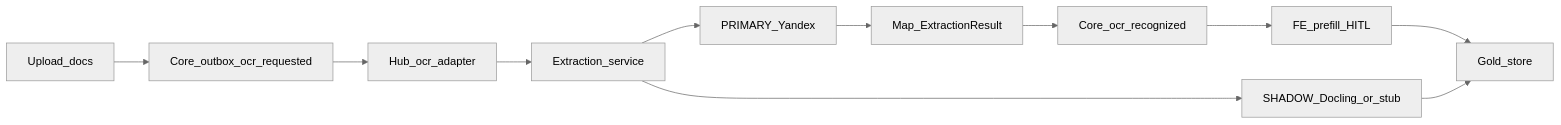
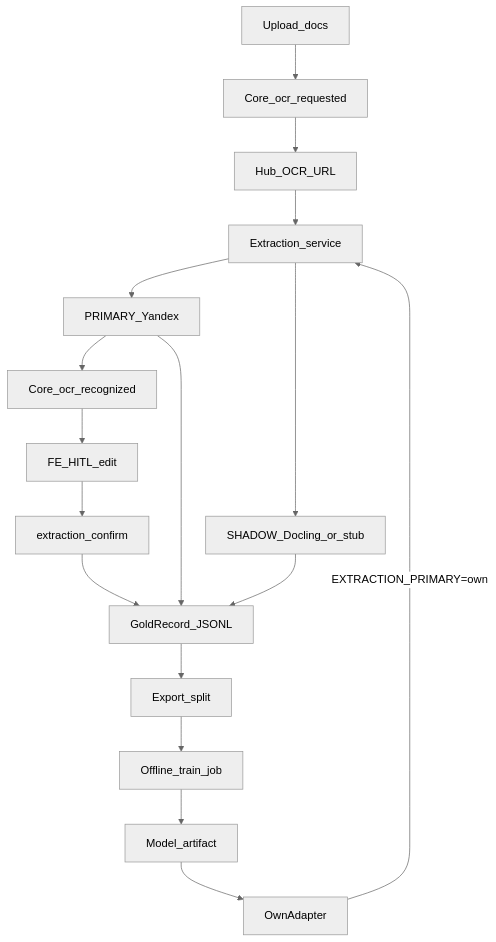
Before and after one commit to lionss888/viletech-platform: the diagram in .cursor/plans/yandex_extraction_dual-track_00e1409f.plan.md, drawn with Mermaid (neutral theme). The commit also changed other lines of this file and 60 other files, not shown here.

````diff
--- a/.cursor/plans/yandex_extraction_dual-track_00e1409f.plan.md
+++ b/.cursor/plans/yandex_extraction_dual-track_00e1409f.plan.md
@@ -51,13 +55,19 @@
 ```mermaid
-flowchart LR
-  upload[Upload_docs] --> core[Core_outbox_ocr_requested]
-  core --> hub[Hub_ocr_adapter]
+flowchart TB
+  upload[Upload_docs] --> core[Core_ocr_requested]
+  core --> hub[Hub_OCR_URL]
   hub --> ext[Extraction_service]
   ext --> yandex[PRIMARY_Yandex]
   ext --> shadow[SHADOW_Docling_or_stub]
-  yandex --> map[Map_ExtractionResult]
-  map --> cb[Core_ocr_recognized]
-  cb --> fe[FE_prefill_HITL]
-  fe --> gold[Gold_store]
+  yandex --> cb[Core_ocr_recognized]
+  cb --> fe[FE_HITL_edit]
+  fe --> confirm[extraction_confirm]
+  yandex --> gold[GoldRecord_JSONL]
   shadow --> gold
+  confirm --> gold
+  gold --> export[Export_split]
+  export --> train[Offline_train_job]
+  train --> art[Model_artifact]
+  art --> own[OwnAdapter]
+  own -->|"EXTRACTION_PRIMARY=own"| ext
 ```
````
